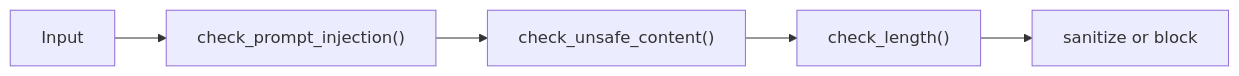
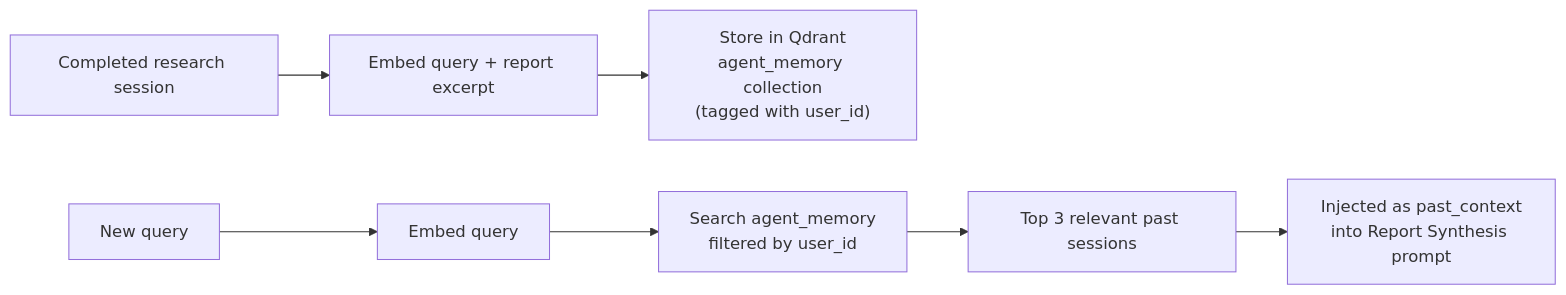
One commit to kowshikkkkkk/research-agent-orchestrator changed the third of 3 diagrams in README.md. Above: the diagram before and after it, drawn with Mermaid. The commit also changed other lines of this file and 37 other files, not shown here.

Commit message:
Parallelize research agents and update agent pipeline

````diff
--- a/README.md
+++ b/README.md
@@ -313,7 +266,10 @@
 ```mermaid
 flowchart LR
-    A["Input"] --> B["check_prompt_injection()"]
-    B --> C["check_unsafe_content()"]
-    C --> D["check_length()"]
-    D --> E["sanitize or block"]
+    A["Completed research session"] --> B["Embed query + report excerpt"]
+    B --> C["Store in Qdrant\nagent_memory collection\n(tagged with user_id)"]
+
+    D["New query"] --> E["Embed query"]
+    E --> F["Search agent_memory\nfiltered by user_id"]
+    F --> G["Top 3 relevant past sessions"]
+    G --> H["Injected as past_context\ninto Report Synthesis prompt"]
 ```
````
